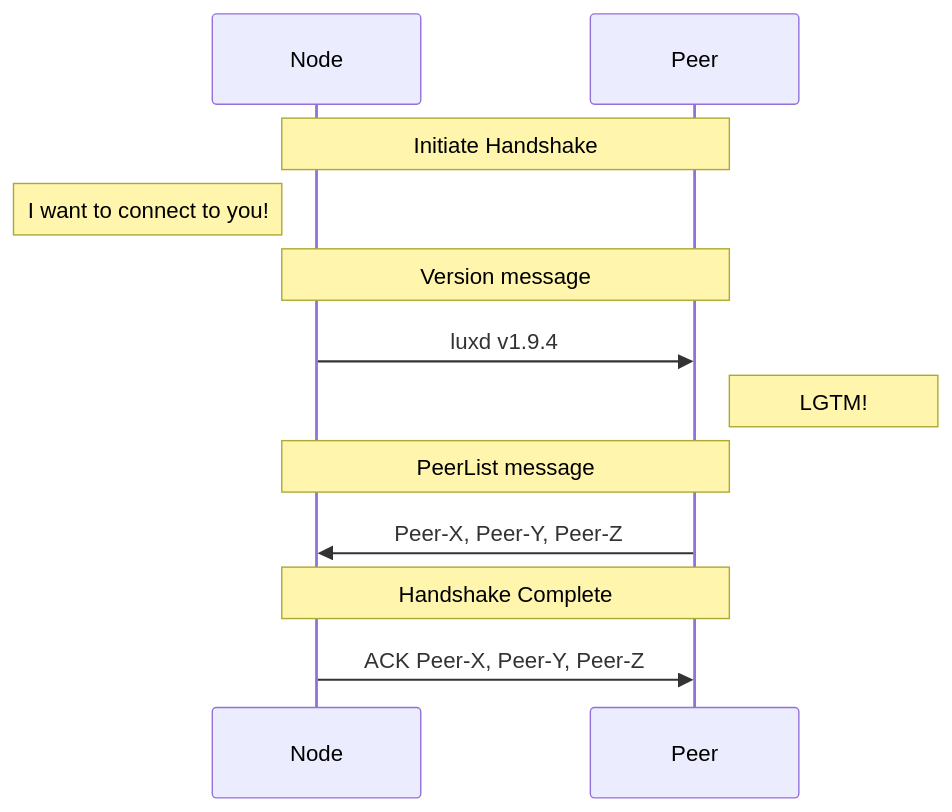
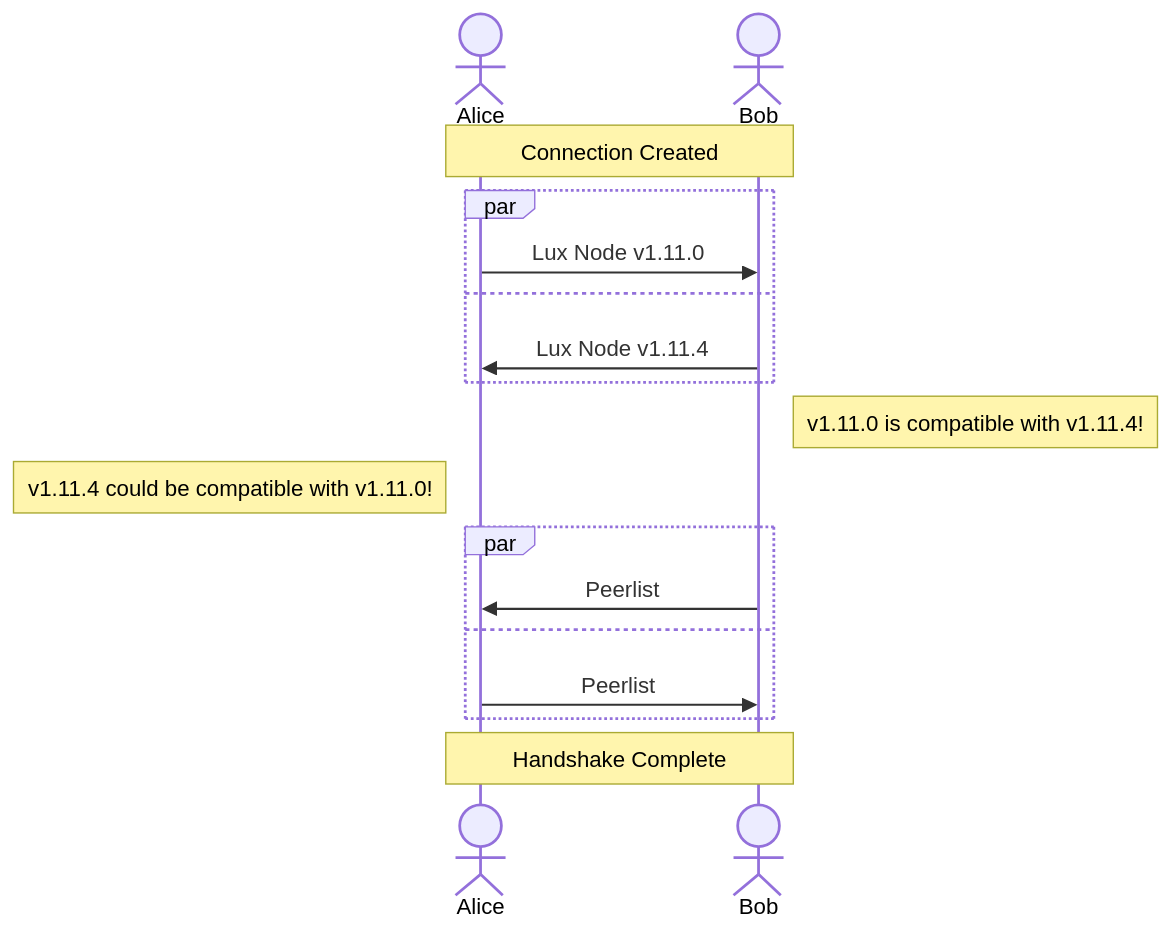
Before and after one commit to luxfi/node: the third of 5 diagrams in network/README.md, drawn with Mermaid. The commit also changed other lines of this file and 1613 other files, not shown here.

Commit message:
Lux Node v1.11.10

````diff
--- a/network/README.md
+++ b/network/README.md
@@ -72,12 +84,19 @@
 ```mermaid
 sequenceDiagram
-Note over Node,Peer: Initiate Handshake
-Note left of Node: I want to connect to you!
-Note over Node,Peer: Version message
-Node->>Peer: luxd v1.9.4
-Note right of Peer: LGTM!
-Note over Node,Peer: PeerList message
-Peer->>Node: Peer-X, Peer-Y, Peer-Z
-Note over Node,Peer: Handshake Complete
-Node->>Peer: ACK Peer-X, Peer-Y, Peer-Z
+    actor Alice
+    actor Bob
+    Note over Alice,Bob: Connection Created
+    par
+        Alice->>Bob: Lux Node v1.11.0
+    and
+        Bob->>Alice: Lux Node v1.11.4
+    end
+    Note right of Bob: v1.11.0 is compatible with v1.11.4!
+    Note left of Alice: v1.11.4 could be compatible with v1.11.0!
+    par
+        Bob->>Alice: Peerlist
+    and
+        Alice->>Bob: Peerlist
+    end
+    Note over Alice,Bob: Handshake Complete
 ```
````
